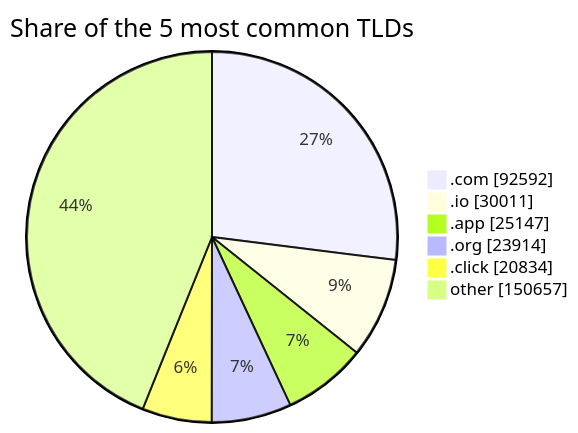
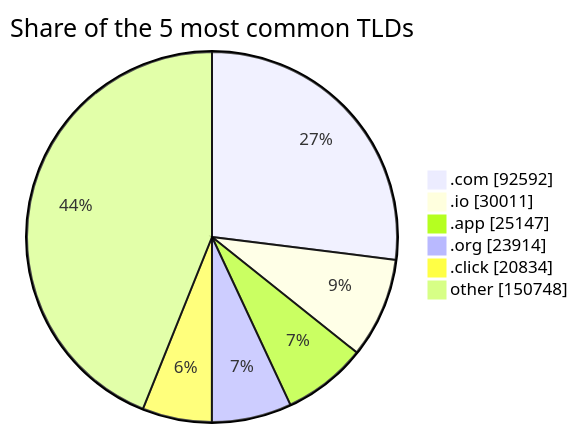
One commit to DNSBunker/CTI changed the third of 3 diagrams in README.md. Above: the diagram before and after it, drawn with Mermaid. The commit also changed other lines of this file and 3 other files, not shown here.

````diff
--- a/README.md
+++ b/README.md
@@ -81,9 +81,9 @@
 ```mermaid
 pie showData title Share of the 5 most common TLDs
     ".com" : 92592
     ".io" : 30011
     ".app" : 25147
     ".org" : 23914
     ".click" : 20834
-    "other" : 150657
+    "other" : 150748
 ```
````
